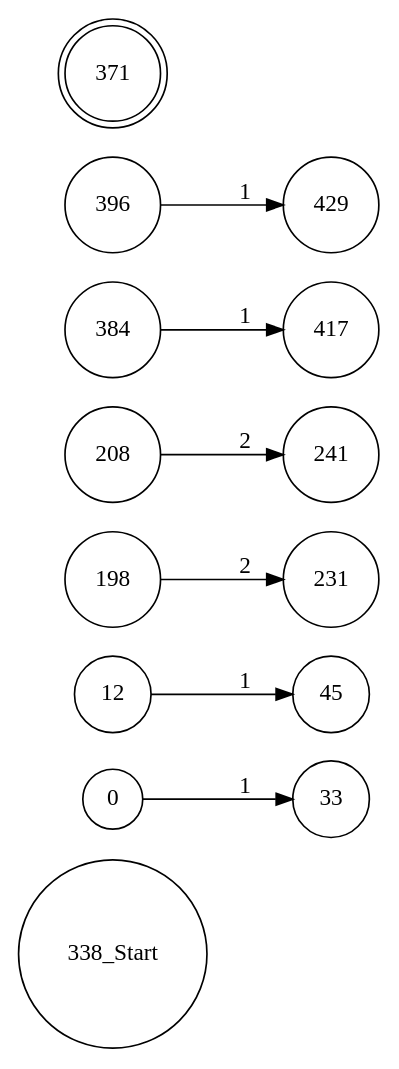
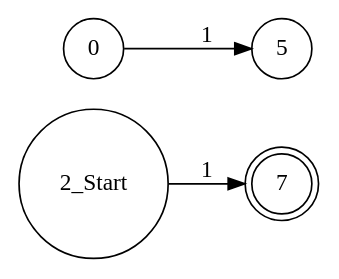
The diagram in src/Interpreter/data/AstToDotRes.dot (vnmsklnk/Interpreter-RegEx), drawn with Graphviz before and after one commit. The commit also changed 9 other files, not shown here.

```diff
--- a/src/Interpreter/data/AstToDotRes.dot
+++ b/src/Interpreter/data/AstToDotRes.dot
@@ -1,19 +1,11 @@
 digraph nfa
 {
 rankdir = LR
 node [shape = circle];
-338[shape = circle, label = "338_Start"]
-0 -> 33 [label = "1"]
+2[shape = circle, label = "2_Start"]
+0 -> 5 [label = "1"]
 
-12 -> 45 [label = "1"]
+2 -> 7 [label = "1"]
 
-198 -> 231 [label = "2"]
-
-208 -> 241 [label = "2"]
-
-384 -> 417 [label = "1"]
-
-396 -> 429 [label = "1"]
-
-371[shape = doublecircle]
+7[shape = doublecircle]
 }
```
